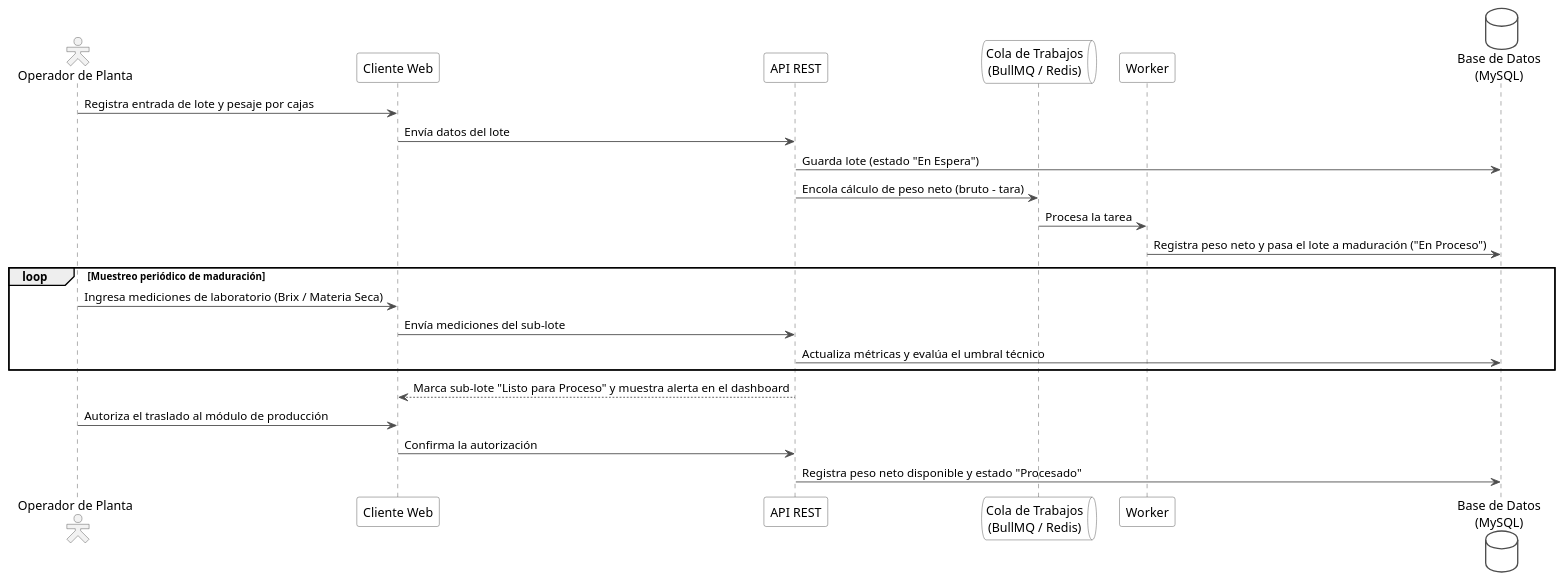
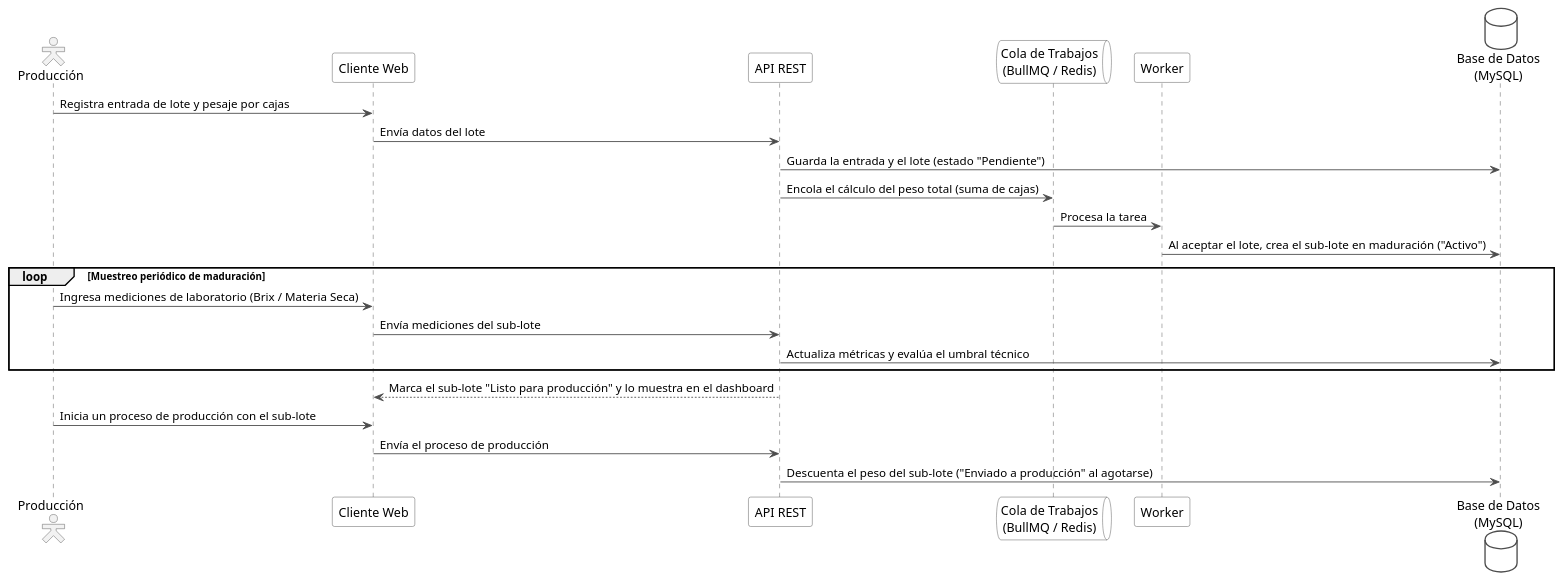
One commit to DecosUniversity/distri_yaneth_backend changed the diagram in diagramas/iteraciones/iteracion2_secuencia.puml. Above: the diagram before and after it, drawn with PlantUML. The commit also changed 27 other files, not shown here.

First line of the commit message:
docs: alinea los diagramas de la tesis con el sistema real

```diff
--- a/diagramas/iteraciones/iteracion2_secuencia.puml
+++ b/diagramas/iteraciones/iteracion2_secuencia.puml
@@ -1,44 +1,44 @@
 @startuml iteracion2_secuencia
 ' Iteración 2 - Secuencia: recepción de lote y control de maduración por sub-lotes
 skinparam shadowing false
 skinparam actorStyle hollow
 skinparam sequence {
   ArrowColor #4D4D4D
   LifeLineBorderColor #4D4D4D
   LifeLineBackgroundColor #F7F7F7
   ParticipantBorderColor #4D4D4D
   ParticipantBackgroundColor #FFFFFF
   ActorBorderColor #4D4D4D
   ActorBackgroundColor #F2F2F2
 }
 skinparam databaseBorderColor #4D4D4D
 skinparam databaseBackgroundColor #FFFFFF
 skinparam queueBorderColor #4D4D4D
 skinparam queueBackgroundColor #FFFFFF
 
-actor "Operador de Planta" as Op
+actor "Producción" as Op
 participant "Cliente Web" as CW
 participant "API REST" as API
 queue "Cola de Trabajos\n(BullMQ / Redis)" as Q
 participant "Worker" as W
 database "Base de Datos\n(MySQL)" as DB
 
 Op -> CW : Registra entrada de lote y pesaje por cajas
 CW -> API : Envía datos del lote
-API -> DB : Guarda lote (estado "En Espera")
-API -> Q : Encola cálculo de peso neto (bruto - tara)
+API -> DB : Guarda la entrada y el lote (estado "Pendiente")
+API -> Q : Encola el cálculo del peso total (suma de cajas)
 Q -> W : Procesa la tarea
-W -> DB : Registra peso neto y pasa el lote a maduración ("En Proceso")
+W -> DB : Al aceptar el lote, crea el sub-lote en maduración ("Activo")
 
 loop Muestreo periódico de maduración
   Op -> CW : Ingresa mediciones de laboratorio (Brix / Materia Seca)
   CW -> API : Envía mediciones del sub-lote
   API -> DB : Actualiza métricas y evalúa el umbral técnico
 end
 
-API --> CW : Marca sub-lote "Listo para Proceso" y muestra alerta en el dashboard
-Op -> CW : Autoriza el traslado al módulo de producción
-CW -> API : Confirma la autorización
-API -> DB : Registra peso neto disponible y estado "Procesado"
+API --> CW : Marca el sub-lote "Listo para producción" y lo muestra en el dashboard
+Op -> CW : Inicia un proceso de producción con el sub-lote
+CW -> API : Envía el proceso de producción
+API -> DB : Descuenta el peso del sub-lote ("Enviado a producción" al agotarse)
 
 @enduml
```
